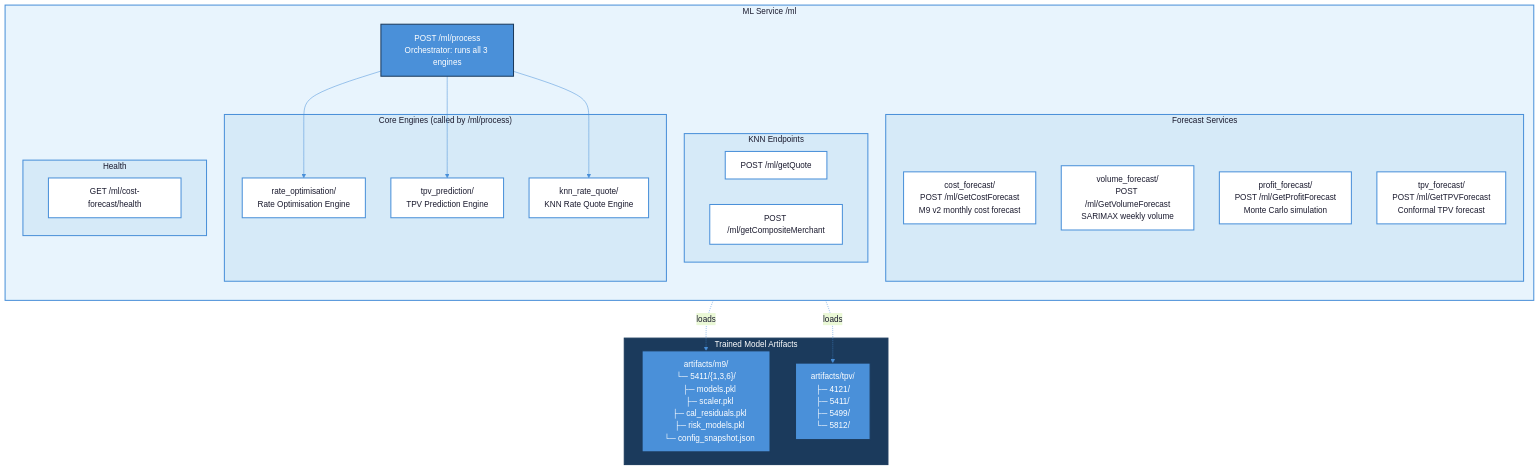
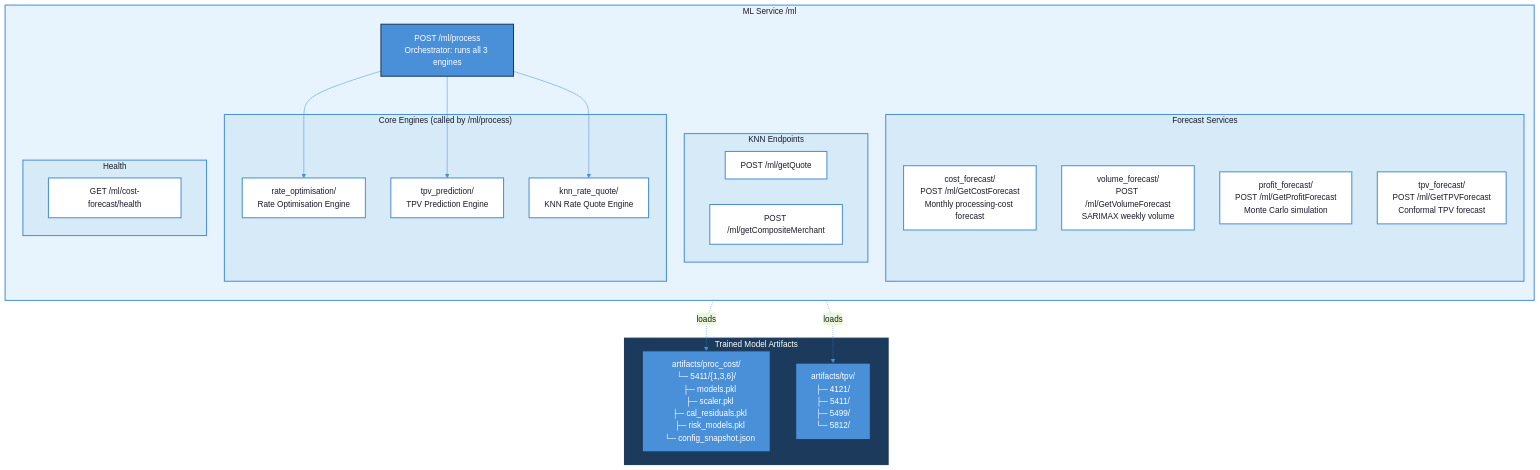
The fifth of 15 diagrams in ARCHITECTURE.md (Yattmeo/404_found_us), drawn with Mermaid before and after one commit. The commit also changed other lines of this file and 249 other files, not shown here.

````diff
--- a/ARCHITECTURE.md
+++ b/ARCHITECTURE.md
@@ -210,64 +210,64 @@
 ```mermaid
 %%{init: {'theme': 'base', 'themeVariables': { 'primaryColor': '#D6EAF8', 'primaryTextColor': '#1a1a2e', 'primaryBorderColor': '#4A90D9', 'lineColor': '#4A90D9', 'fontFamily': 'Segoe UI, sans-serif' }}}%%
 graph TB
     subgraph ml["ML Service /ml"]
         direction TB
 
         ORCH["POST /ml/process<br/>Orchestrator: runs all 3 engines"]
 
         subgraph engines["Core Engines (called by /ml/process)"]
             RO["rate_optimisation/<br/>Rate Optimisation Engine"]
             TP["tpv_prediction/<br/>TPV Prediction Engine"]
             KNN["knn_rate_quote/<br/>KNN Rate Quote Engine"]
         end
 
         subgraph forecast["Forecast Services"]
-            CF["cost_forecast/<br/>POST /ml/GetCostForecast<br/>M9 v2 monthly cost forecast"]
+            CF["cost_forecast/<br/>POST /ml/GetCostForecast<br/>Monthly processing-cost forecast"]
             VF["volume_forecast/<br/>POST /ml/GetVolumeForecast<br/>SARIMAX weekly volume"]
             PF["profit_forecast/<br/>POST /ml/GetProfitForecast<br/>Monte Carlo simulation"]
             TF["tpv_forecast/<br/>POST /ml/GetTPVForecast<br/>Conformal TPV forecast"]
         end
 
         subgraph knn_endpoints["KNN Endpoints"]
             GQ["POST /ml/getQuote"]
             GCM["POST /ml/getCompositeMerchant"]
         end
 
         subgraph health["Health"]
             HH["GET /ml/cost-forecast/health"]
         end
 
         ORCH --> RO
         ORCH --> TP
         ORCH --> KNN
     end
 
     subgraph artifacts["Trained Model Artifacts"]
-        M9["artifacts/m9/<br/>└─ 5411/{1,3,6}/<br/>&nbsp;&nbsp;&nbsp;├─ models.pkl<br/>&nbsp;&nbsp;&nbsp;├─ scaler.pkl<br/>&nbsp;&nbsp;&nbsp;├─ cal_residuals.pkl<br/>&nbsp;&nbsp;&nbsp;├─ risk_models.pkl<br/>&nbsp;&nbsp;&nbsp;└─ config_snapshot.json"]
+        PC["artifacts/proc_cost/<br/>└─ 5411/{1,3,6}/<br/>&nbsp;&nbsp;&nbsp;├─ models.pkl<br/>&nbsp;&nbsp;&nbsp;├─ scaler.pkl<br/>&nbsp;&nbsp;&nbsp;├─ cal_residuals.pkl<br/>&nbsp;&nbsp;&nbsp;├─ risk_models.pkl<br/>&nbsp;&nbsp;&nbsp;└─ config_snapshot.json"]
         TPV["artifacts/tpv/<br/>├─ 4121/<br/>├─ 5411/<br/>├─ 5499/<br/>└─ 5812/"]
     end
 
-    CF -.->|loads| M9
+    CF -.->|loads| PC
     TF -.->|loads| TPV
 
     style ml fill:#E8F4FD,stroke:#4A90D9,stroke-width:2px,color:#1a1a2e
     style engines fill:#D6EAF8,stroke:#4A90D9,stroke-width:2px,color:#1a1a2e
     style forecast fill:#D6EAF8,stroke:#4A90D9,stroke-width:2px,color:#1a1a2e
     style knn_endpoints fill:#D6EAF8,stroke:#4A90D9,stroke-width:2px,color:#1a1a2e
     style health fill:#D6EAF8,stroke:#4A90D9,stroke-width:2px,color:#1a1a2e
     style artifacts fill:#1B3A5C,stroke:#1B3A5C,stroke-width:2px,color:#ffffff
 
     style ORCH fill:#4A90D9,stroke:#1B3A5C,stroke-width:2px,color:#ffffff
     style RO fill:#ffffff,stroke:#4A90D9,stroke-width:2px,color:#1a1a2e
     style TP fill:#ffffff,stroke:#4A90D9,stroke-width:2px,color:#1a1a2e
     style KNN fill:#ffffff,stroke:#4A90D9,stroke-width:2px,color:#1a1a2e
     style CF fill:#ffffff,stroke:#4A90D9,stroke-width:2px,color:#1a1a2e
     style VF fill:#ffffff,stroke:#4A90D9,stroke-width:2px,color:#1a1a2e
     style PF fill:#ffffff,stroke:#4A90D9,stroke-width:2px,color:#1a1a2e
     style TF fill:#ffffff,stroke:#4A90D9,stroke-width:2px,color:#1a1a2e
     style GQ fill:#ffffff,stroke:#4A90D9,stroke-width:2px,color:#1a1a2e
     style GCM fill:#ffffff,stroke:#4A90D9,stroke-width:2px,color:#1a1a2e
     style HH fill:#ffffff,stroke:#4A90D9,stroke-width:2px,color:#1a1a2e
-    style M9 fill:#4A90D9,stroke:#1B3A5C,stroke-width:2px,color:#ffffff
+    style PC fill:#4A90D9,stroke:#1B3A5C,stroke-width:2px,color:#ffffff
     style TPV fill:#4A90D9,stroke:#1B3A5C,stroke-width:2px,color:#ffffff
 ```
````
